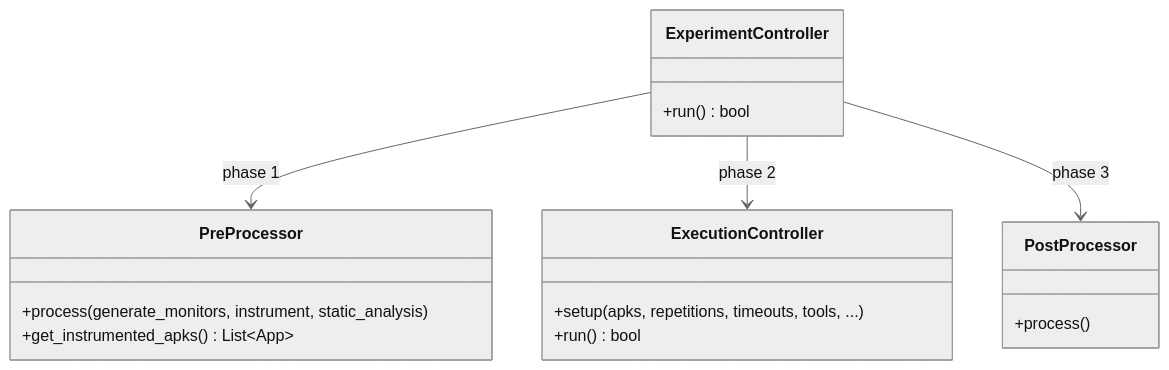
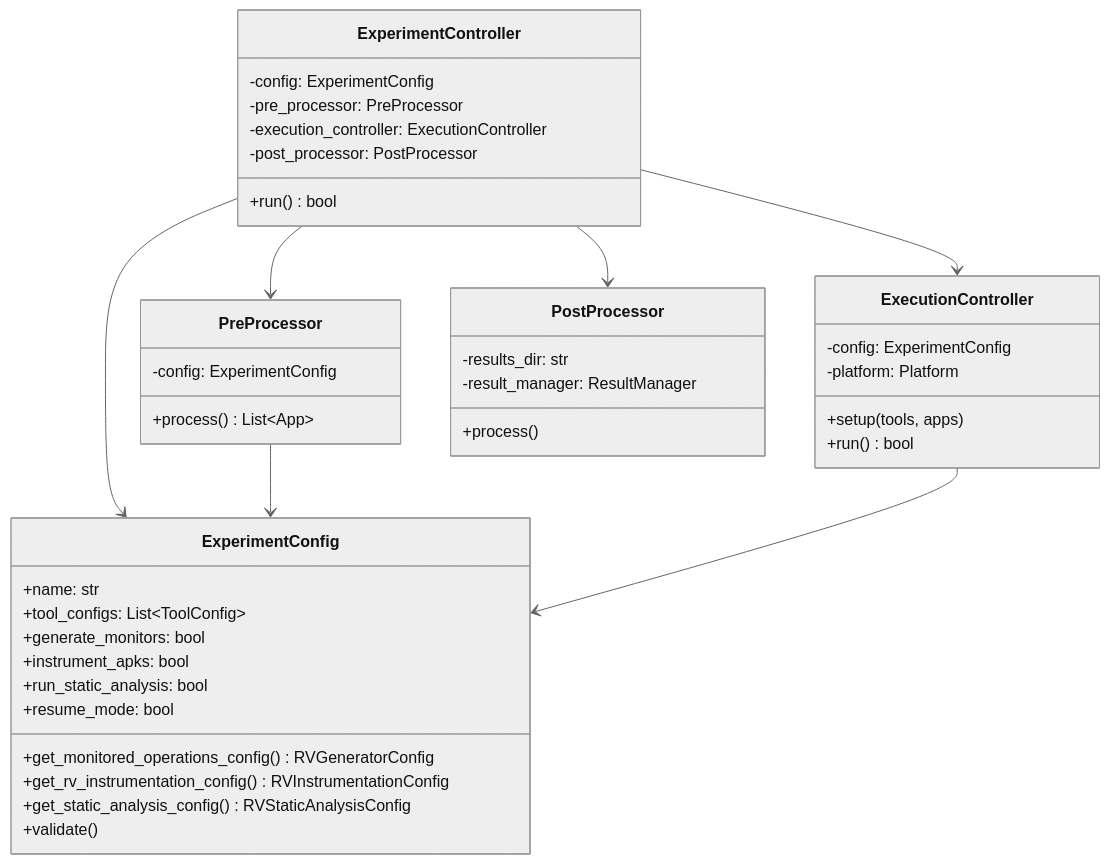
The fourth of 4 diagrams in rv-android/modules/rv-experiment/docs/architecture.md (PAMunb/rvsec), drawn with Mermaid before and after one commit. The commit also changed other lines of this file and 17 other files, not shown here.

First line of the commit message:
docs(tg5): architecture docs for all 13 modules + aperv spec rewrite + script updates (refs #48)

````diff
--- a/rv-android/modules/rv-experiment/docs/architecture.md
+++ b/rv-android/modules/rv-experiment/docs/architecture.md
@@ -420,25 +486,49 @@
 ```mermaid
 %%{init: {'theme': 'neutral'}}%%
 classDiagram
+    class ExperimentController {
+        -config: ExperimentConfig
+        -pre_processor: PreProcessor
+        -execution_controller: ExecutionController
+        -post_processor: PostProcessor
+        +run() bool
+    }
+
     class PreProcessor {
-        +process(generate_monitors, instrument, static_analysis)
-        +get_instrumented_apks() List~App~
+        -config: ExperimentConfig
+        +process() List~App~
     }
 
     class ExecutionController {
-        +setup(apks, repetitions, timeouts, tools, ...)
+        -config: ExperimentConfig
+        -platform: Platform
+        +setup(tools, apps)
         +run() bool
     }
 
     class PostProcessor {
+        -results_dir: str
+        -result_manager: ResultManager
         +process()
     }
 
-    class ExperimentController {
-        +run() bool
+    class ExperimentConfig {
+        +name: str
+        +tool_configs: List~ToolConfig~
+        +generate_monitors: bool
+        +instrument_apks: bool
+        +run_static_analysis: bool
+        +resume_mode: bool
+        +get_monitored_operations_config() RVGeneratorConfig
+        +get_rv_instrumentation_config() RVInstrumentationConfig
+        +get_static_analysis_config() RVStaticAnalysisConfig
+        +validate()
     }
 
-    ExperimentController --> PreProcessor : phase 1
-    ExperimentController --> ExecutionController : phase 2
-    ExperimentController --> PostProcessor : phase 3
+    ExperimentController --> PreProcessor
+    ExperimentController --> ExecutionController
+    ExperimentController --> PostProcessor
+    ExperimentController --> ExperimentConfig
+    PreProcessor --> ExperimentConfig
+    ExecutionController --> ExperimentConfig
 ```
````
